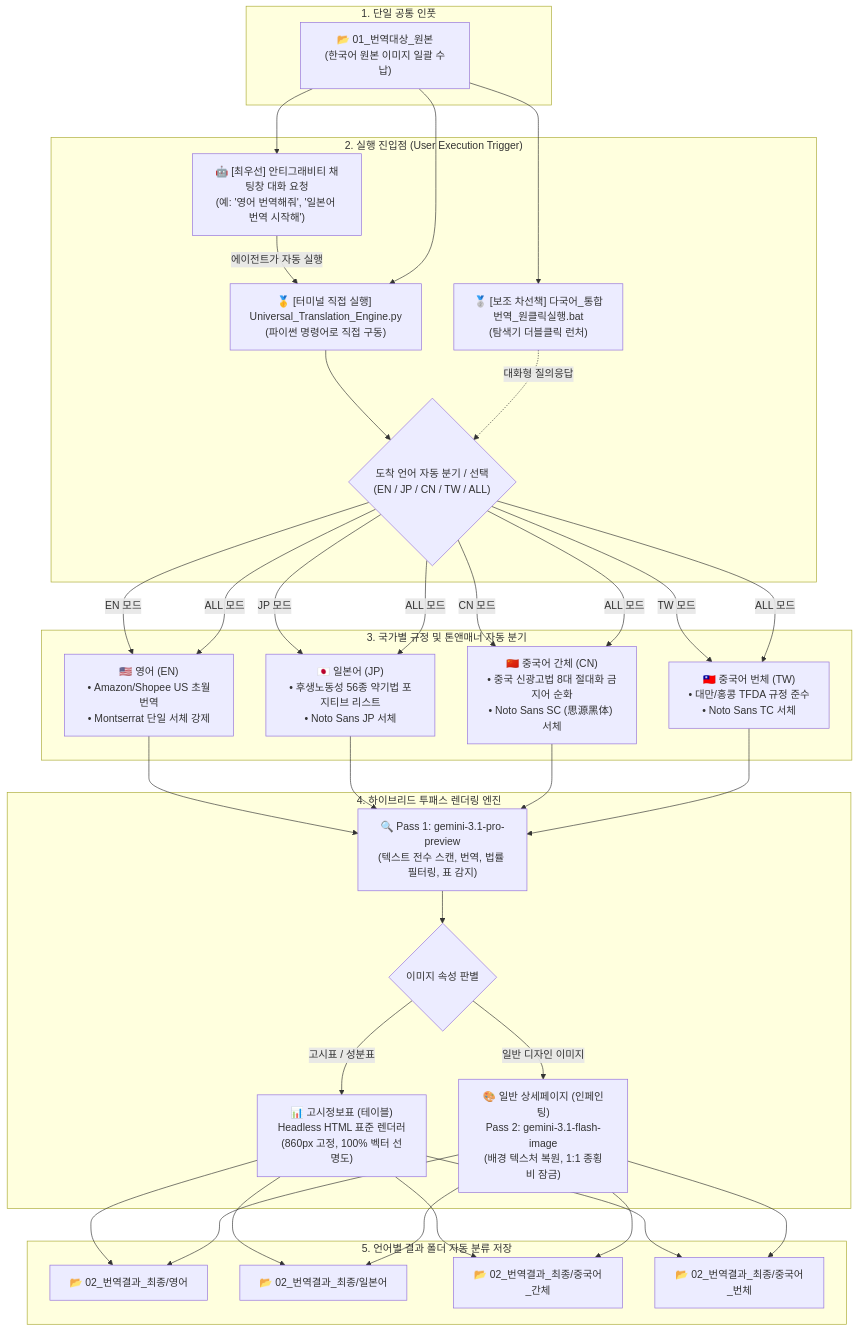
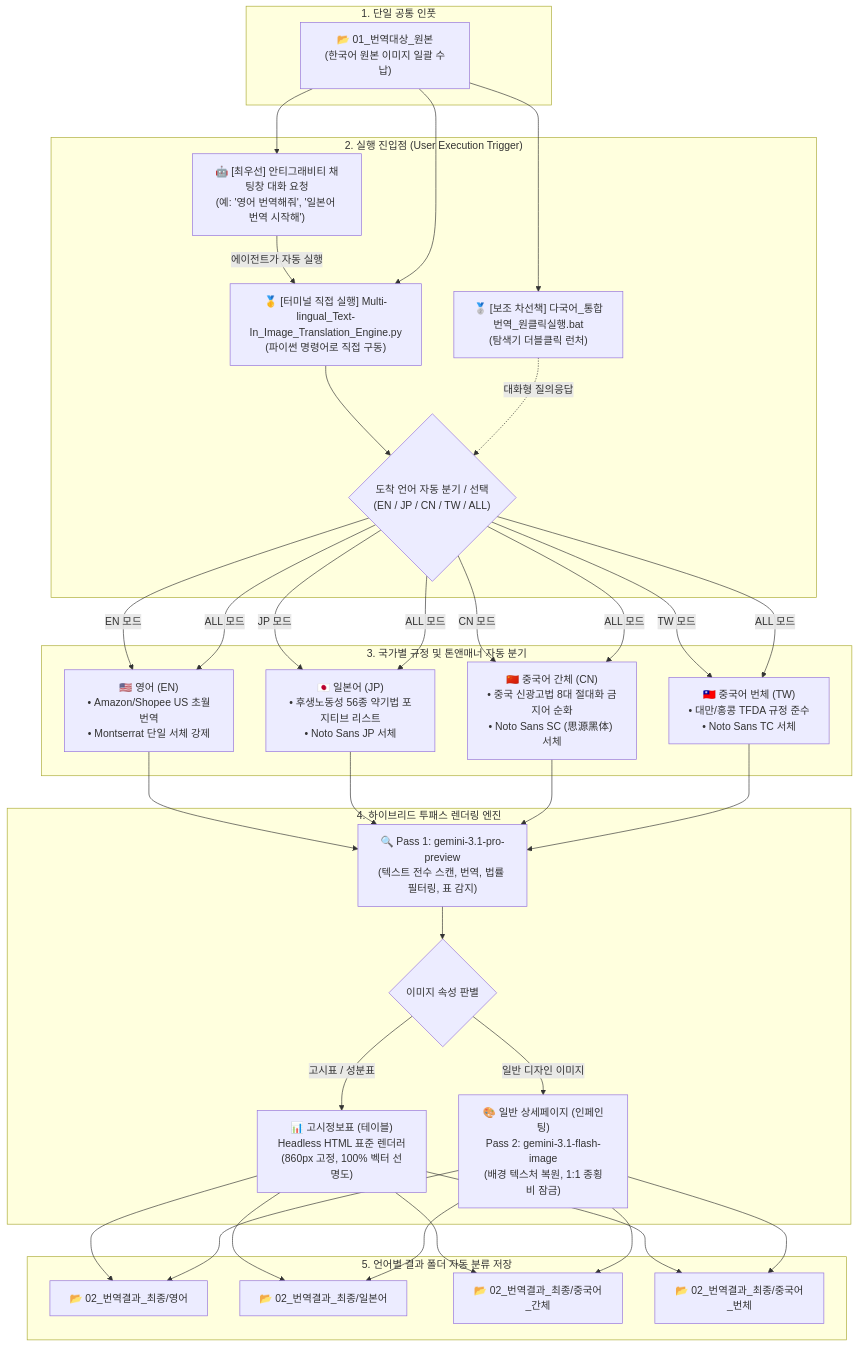
The diagram in README.md (euntaewoo/PANDORA), drawn with Mermaid before and after one commit. The commit also changed other lines of this file and 3 other files, not shown here.

Commit message:
refactor: Update program title to Multi-lingual_Text-In_Image_Translation_Engine across scripts and docs

````diff
--- a/README.md
+++ b/README.md
@@ -9,52 +9,52 @@
 ```mermaid
 flowchart TD
     subgraph S1["1. 단일 공통 인풋"]
         IN["📂 01_번역대상_원본<br/>(한국어 원본 이미지 일괄 수납)"]
     end
 
     subgraph S2["2. 실행 진입점 (User Execution Trigger)"]
         AGENT["🤖 [최우선] 안티그래비티 채팅창 대화 요청<br/>(예: '영어 번역해줘', '일본어 번역 시작해')"]
-        P_MAIN["🥇 [터미널 직접 실행] Universal_Translation_Engine.py<br/>(파이썬 명령어로 직접 구동)"]
+        P_MAIN["🥇 [터미널 직접 실행] Multi-lingual_Text-In_Image_Translation_Engine.py<br/>(파이썬 명령어로 직접 구동)"]
         BAT_SUB["🥈 [보조 차선책] 다국어_통합번역_원클릭실행.bat<br/>(탐색기 더블클릭 런처)"]
         
         AGENT -->|에이전트가 자동 실행| P_MAIN
         P_MAIN --> PROMPT{"도착 언어 자동 분기 / 선택<br/>(EN / JP / CN / TW / ALL)"}
         BAT_SUB -.->|대화형 질의응답| PROMPT
     end
 
     subgraph S3["3. 국가별 규정 및 톤앤매너 자동 분기"]
         EN["🇺🇸 영어 (EN)<br/>• Amazon/Shopee US 초월번역<br/>• Montserrat 단일 서체 강제"]
         JP["🇯🇵 일본어 (JP)<br/>• 후생노동성 56종 약기법 포지티브 리스트<br/>• Noto Sans JP 서체"]
         CN["🇨🇳 중국어 간체 (CN)<br/>• 중국 신광고법 8대 절대화 금지어 순화<br/>• Noto Sans SC (思源黑体) 서체"]
         TW["🇹🇼 중국어 번체 (TW)<br/>• 대만/홍콩 TFDA 규정 준수<br/>• Noto Sans TC 서체"]
     end
 
     subgraph S4["4. 하이브리드 투패스 렌더링 엔진"]
         P1["🔍 Pass 1: gemini-3.1-pro-preview<br/>(텍스트 전수 스캔, 번역, 법률 필터링, 표 감지)"]
         DECIDE{"이미지 속성 판별"}
         
         HTML["📊 고시정보표 (테이블)<br/>Headless HTML 표준 렌더러<br/>(860px 고정, 100% 벡터 선명도)"]
         P2["🎨 일반 상세페이지 (인페인팅)<br/>Pass 2: gemini-3.1-flash-image<br/>(배경 텍스처 복원, 1:1 종횡비 잠금)"]
         
         P1 --> DECIDE
         DECIDE -->|고시표 / 성분표| HTML
         DECIDE -->|일반 디자인 이미지| P2
     end
 
     subgraph S5["5. 언어별 결과 폴더 자동 분류 저장"]
         OUT_EN["📂 02_번역결과_최종/영어"]
         OUT_JP["📂 02_번역결과_최종/일본어"]
         OUT_CN["📂 02_번역결과_최종/중국어_간체"]
         OUT_TW["📂 02_번역결과_최종/중국어_번체"]
     end
 
     IN --> AGENT & P_MAIN & BAT_SUB
     PROMPT -->|EN 모드| EN
     PROMPT -->|JP 모드| JP
     PROMPT -->|CN 모드| CN
     PROMPT -->|TW 모드| TW
     PROMPT -->|ALL 모드| EN & JP & CN & TW
 
     EN & JP & CN & TW --> P1
     HTML & P2 --> OUT_EN & OUT_JP & OUT_CN & OUT_TW
 ```
````
